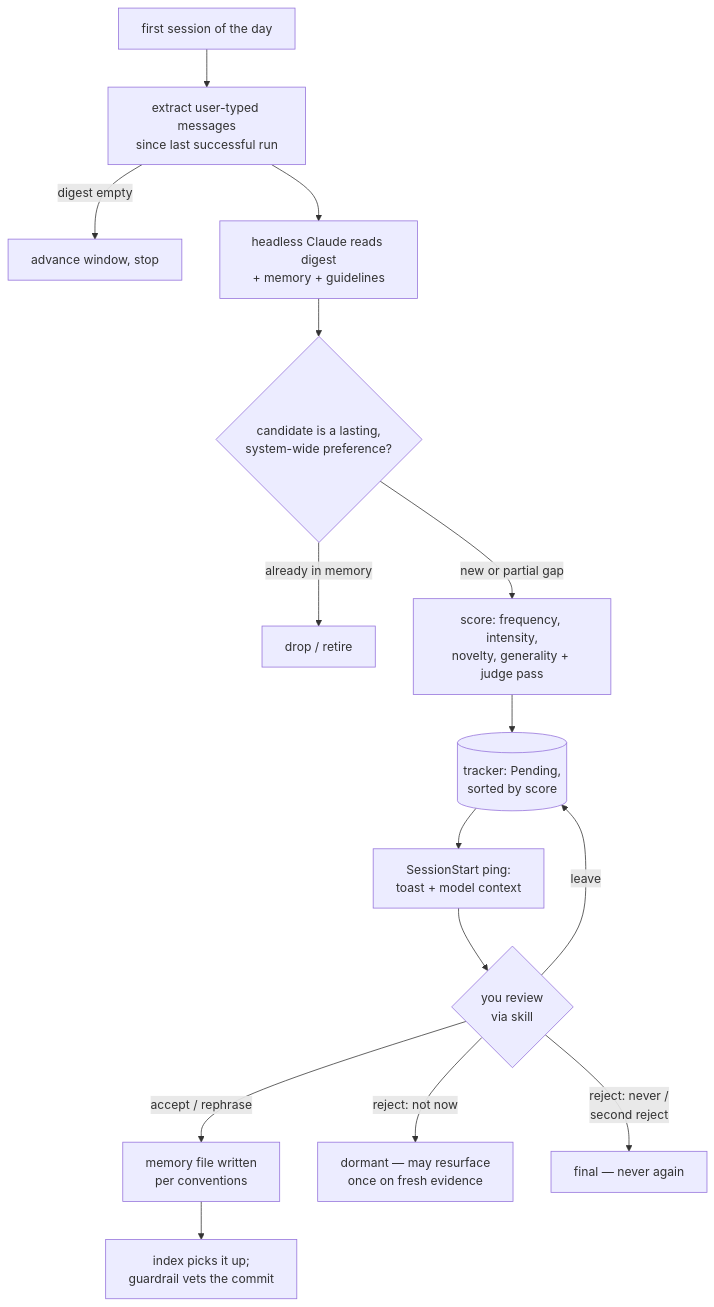
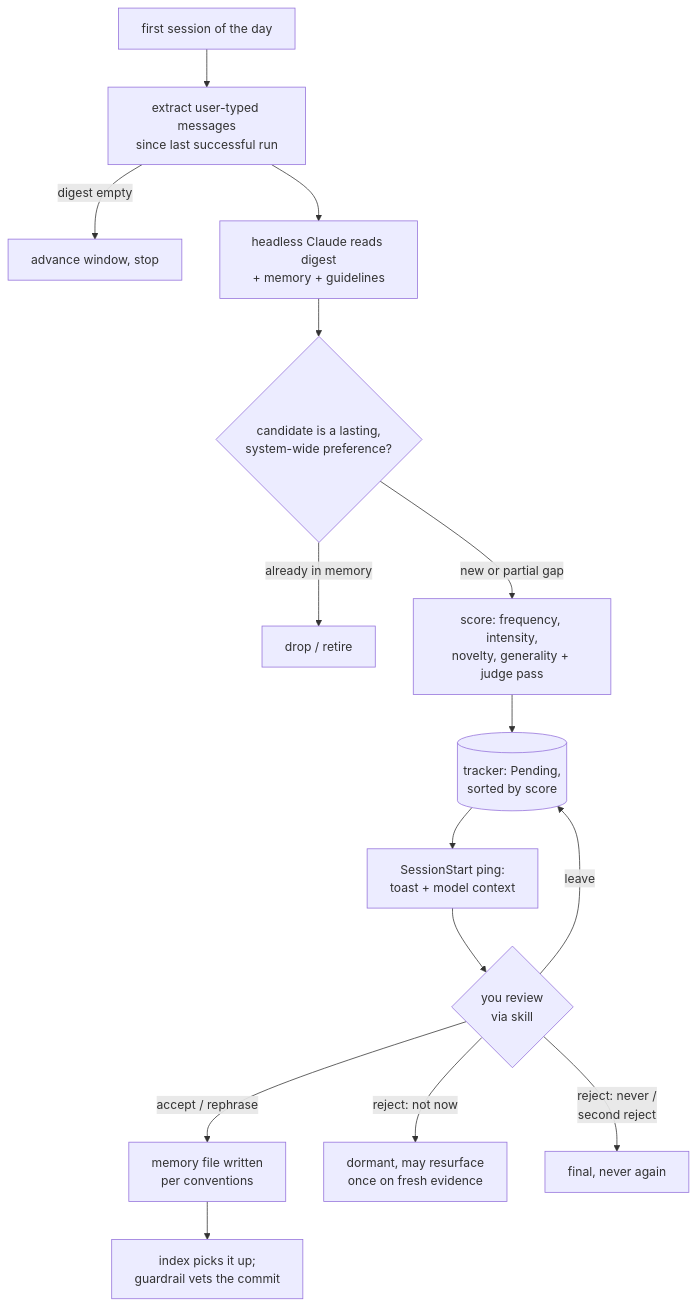
The third of 4 diagrams in docs/DESIGN.md (sabilmakbar/claude-memory-kit), drawn with Mermaid before and after one commit. The commit also changed other lines of this file, not shown here.

Commit message:
docs: replace three em-dashes in DESIGN.md mermaid labels
House style bans em-dashes in README.md and docs/*.md. These three
predate the lint, which by design only scans added lines. Commas rather
than semicolons or colons, both of which carry meaning in mermaid.

````diff
--- a/docs/DESIGN.md
+++ b/docs/DESIGN.md
@@ -105,17 +105,17 @@
 ```mermaid
 flowchart TD
     A[first session of the day] --> B[extract user-typed messages<br/>since last successful run]
     B -->|digest empty| Z[advance window, stop]
     B --> C[headless Claude reads digest<br/>+ memory + guidelines]
     C --> D{candidate is a lasting,<br/>system-wide preference?}
     D -->|already in memory| E[drop / retire]
     D -->|new or partial gap| F[score: frequency, intensity,<br/>novelty, generality + judge pass]
     F --> G[(tracker: Pending,<br/>sorted by score)]
     G --> H[SessionStart ping:<br/>toast + model context]
     H --> I{you review<br/>via skill}
     I -->|accept / rephrase| J[memory file written<br/>per conventions]
-    I -->|reject: not now| K[dormant — may resurface<br/>once on fresh evidence]
-    I -->|reject: never /<br/>second reject| L[final — never again]
+    I -->|reject: not now| K[dormant, may resurface<br/>once on fresh evidence]
+    I -->|reject: never /<br/>second reject| L[final, never again]
     I -->|leave| G
     J --> M[index picks it up;<br/>guardrail vets the commit]
 ```
````
